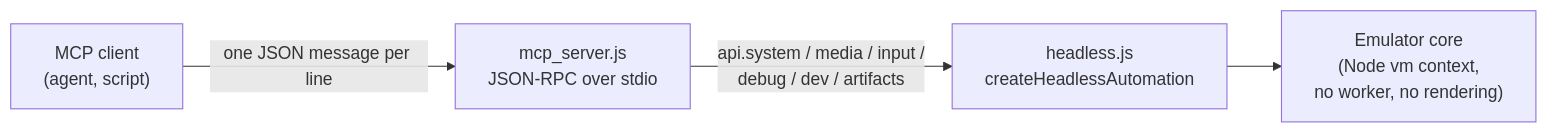
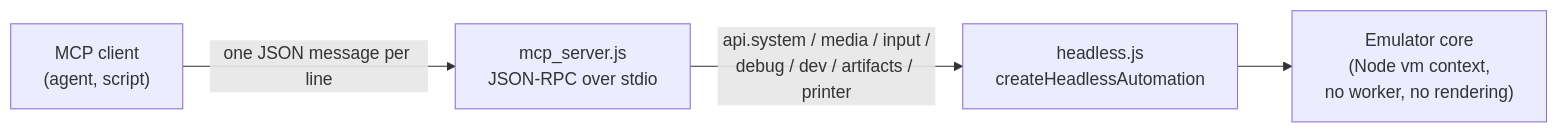
One commit to Leorivasc/A8E changed the diagram in implementation/MCP.md. Above: the diagram before and after it, drawn with Mermaid. The commit also changed other lines of this file and 7 other files, not shown here.

First line of the commit message:
Expose the printer through the automation API and the MCP server

````diff
--- a/implementation/MCP.md
+++ b/implementation/MCP.md
@@ -13,11 +13,11 @@
 ```mermaid
 flowchart LR
   Client["MCP client<br/>(agent, script)"]
   Server["mcp_server.js<br/>JSON-RPC over stdio"]
   Headless["headless.js<br/>createHeadlessAutomation"]
   Core["Emulator core<br/>(Node vm context,<br/>no worker, no rendering)"]
 
   Client -- "one JSON message per line" --> Server
-  Server -- "api.system / media / input /<br/>debug / dev / artifacts" --> Headless
+  Server -- "api.system / media / input /<br/>debug / dev / artifacts / printer" --> Headless
   Headless --> Core
 ```
````
